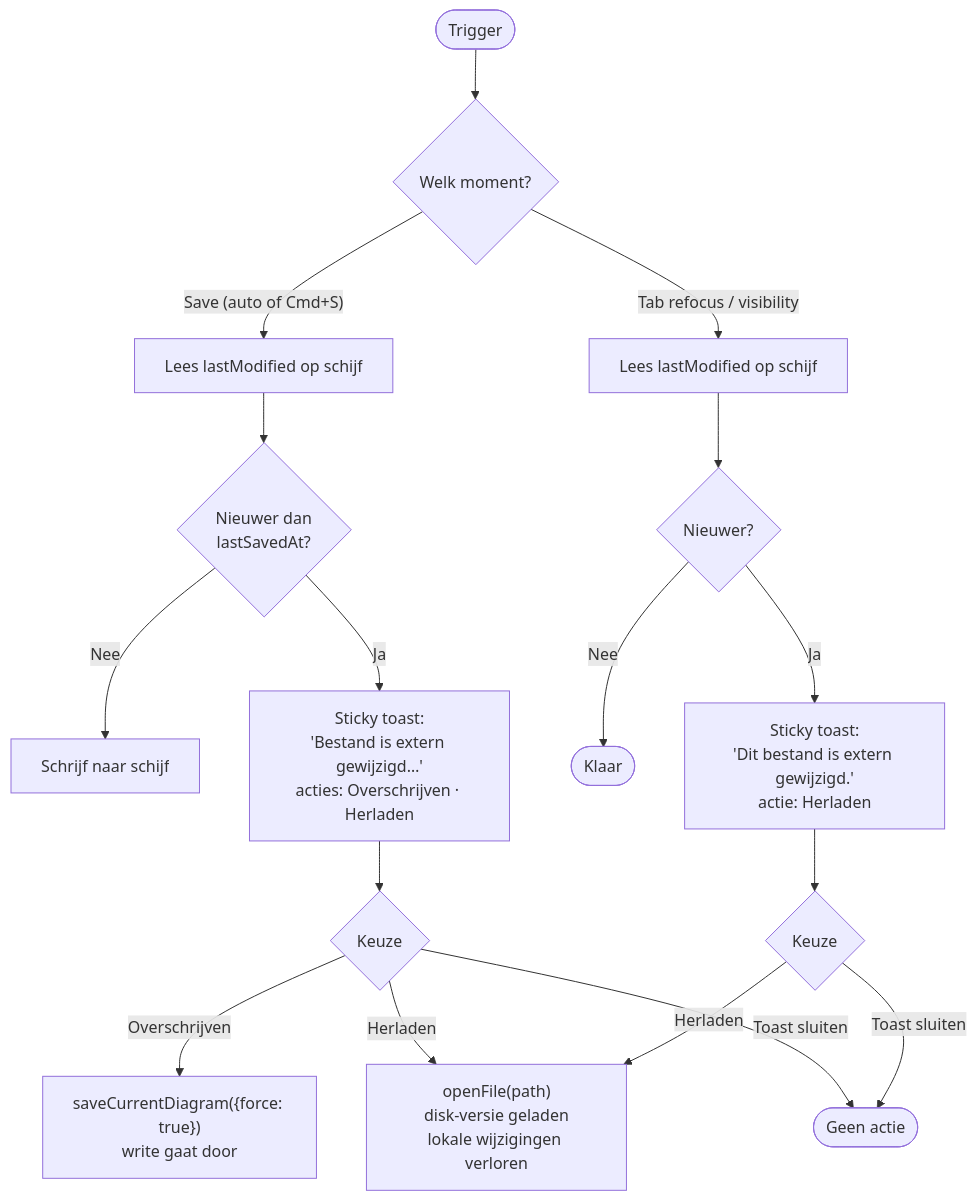
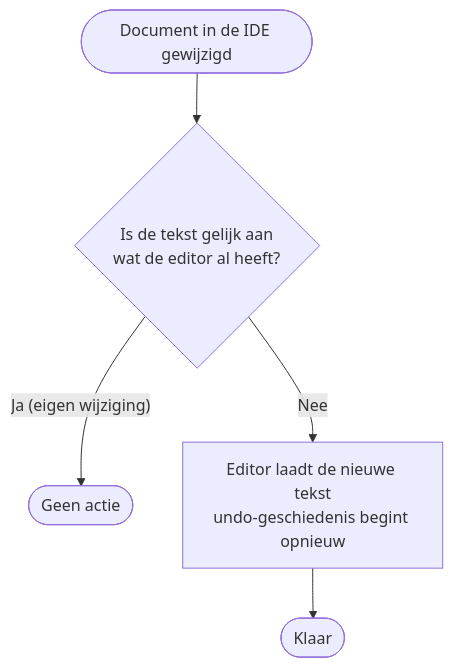
Before and after one commit to GRJX/mmd-flowchart: diagram 18 of 18 in docs/USERFLOWS.md, drawn with Mermaid. The commit also changed other lines of this file and 36 other files, not shown here.

First line of the commit message:
feat: add MMD Flowchart extension for VS Code

````diff
--- a/docs/USERFLOWS.md
+++ b/docs/USERFLOWS.md
@@ -462,20 +367,7 @@
 ```mermaid
 flowchart TD
-    A([Trigger]) --> B{"Welk moment?"}
-    B -- "Save (auto of Cmd+S)" --> C["Lees lastModified op schijf"]
-    C --> D{"Nieuwer dan<br>lastSavedAt?"}
-    D -- Nee --> E[Schrijf naar schijf]
-    D -- Ja --> F["Sticky toast:<br>'Bestand is extern gewijzigd…'<br>acties: Overschrijven · Herladen"]
-    F --> G{Keuze}
-    G -- Overschrijven --> H["saveCurrentDiagram({force: true})<br>write gaat door"]
-    G -- Herladen --> I["openFile(path)<br>disk-versie geladen<br>lokale wijzigingen verloren"]
-    G -- "Toast sluiten" --> J([Geen actie])
-
-    B -- "Tab refocus / visibility" --> K["Lees lastModified op schijf"]
-    K --> L{"Nieuwer?"}
-    L -- Nee --> M([Klaar])
-    L -- Ja --> N["Sticky toast:<br>'Dit bestand is extern gewijzigd.'<br>actie: Herladen"]
-    N --> O{Keuze}
-    O -- Herladen --> I
-    O -- "Toast sluiten" --> J
+    A([Document in de IDE gewijzigd]) --> B{"Is de tekst gelijk aan<br>wat de editor al heeft?"}
+    B -- "Ja (eigen wijziging)" --> C([Geen actie])
+    B -- Nee --> D["Editor laadt de nieuwe tekst<br>undo-geschiedenis begint opnieuw"]
+    D --> E([Klaar])
 ```
````
